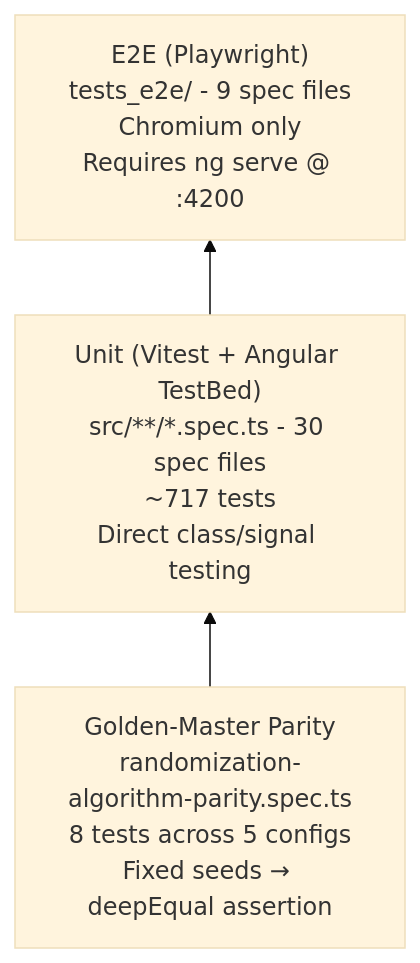
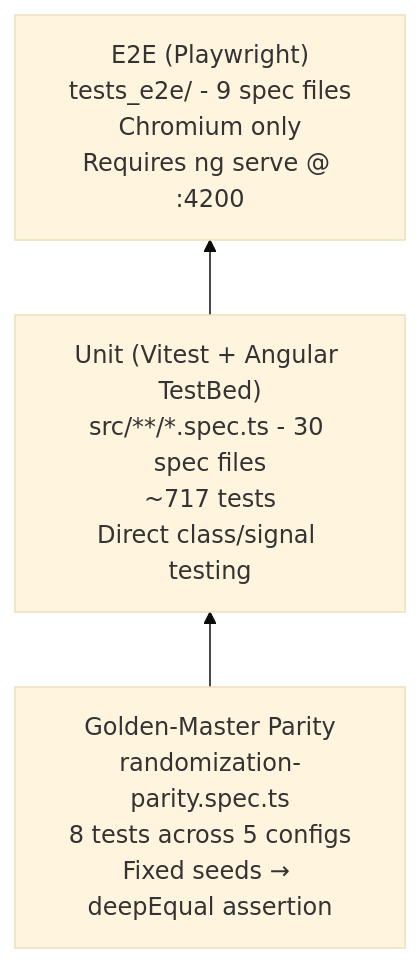
One commit to fderuiter/Equipose changed diagram 17 of 18 in docs/ARCHITECTURE.md. Above: the diagram before and after it, drawn with Mermaid (base theme). The commit also changed other lines of this file and 4 other files, not shown here.

````diff
--- a/docs/ARCHITECTURE.md
+++ b/docs/ARCHITECTURE.md
@@ -1147,9 +1148,9 @@
 ```mermaid
 graph BT
     E2E["E2E (Playwright)\ntests_e2e/ - 9 spec files\nChromium only\nRequires ng serve @ :4200"]
     UNIT["Unit (Vitest + Angular TestBed)\nsrc/**/*.spec.ts - 30 spec files\n~717 tests\nDirect class/signal testing"]
-    PARITY["Golden-Master Parity\nrandomization-algorithm-parity.spec.ts\n8 tests across 5 configs\nFixed seeds → deepEqual assertion"]
+    PARITY["Golden-Master Parity\nrandomization-parity.spec.ts\n8 tests across 5 configs\nFixed seeds → deepEqual assertion"]
 
     PARITY --> UNIT
     UNIT --> E2E
 ```
````
